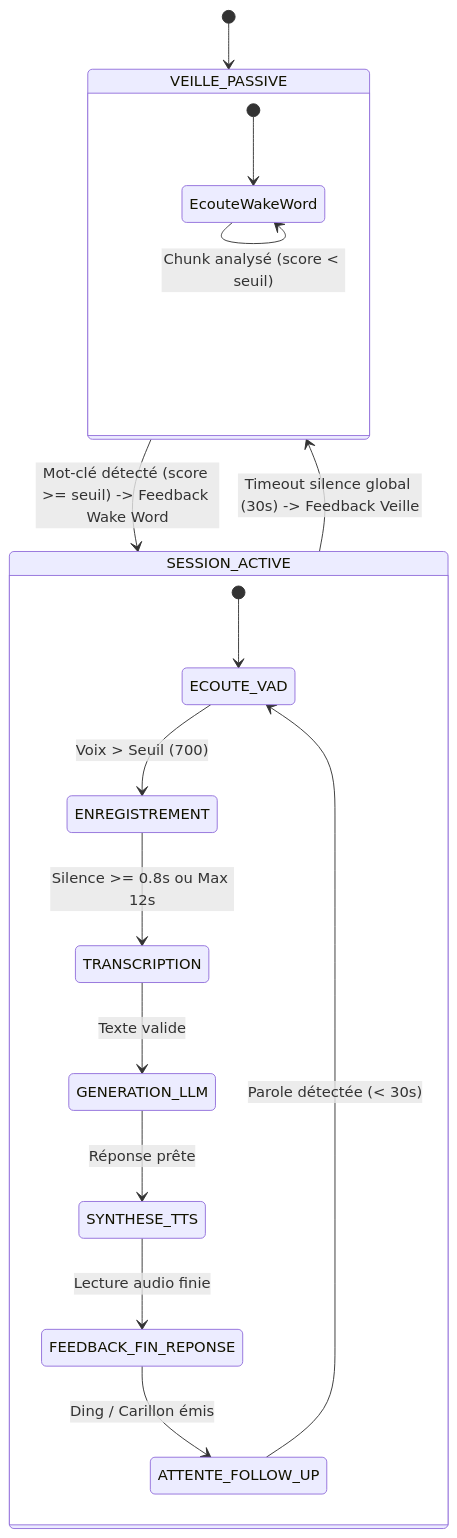
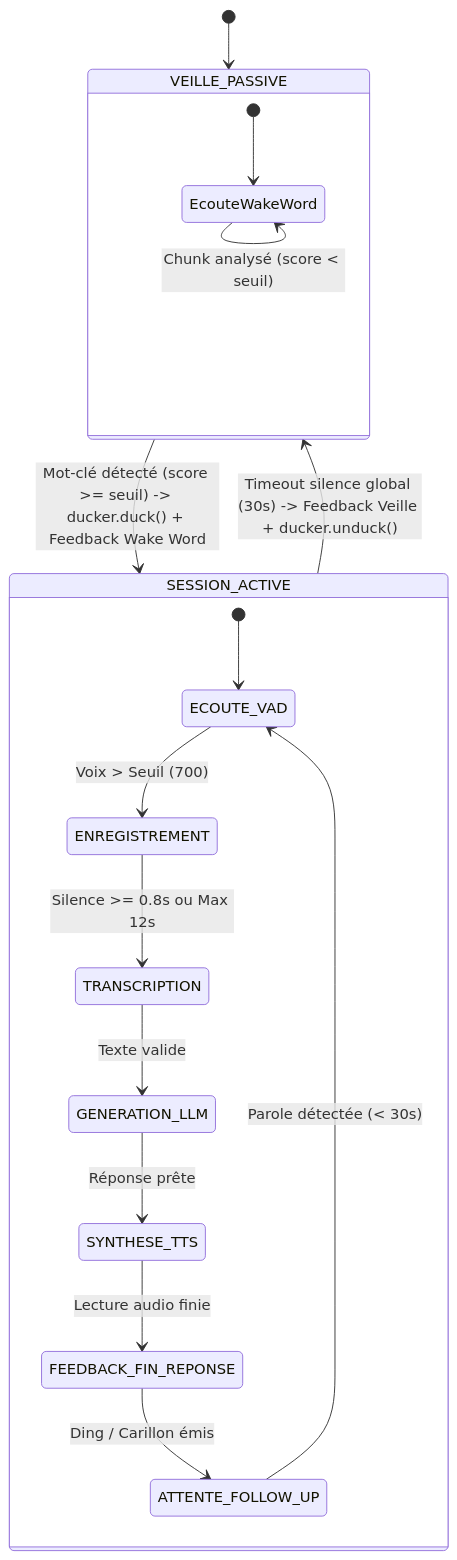
One commit to suissard/SmartHome changed the diagram in AGENTS.md. Above: the diagram before and after it, drawn with Mermaid. The commit also changed other lines of this file and 8 other files, not shown here.

````diff
--- a/AGENTS.md
+++ b/AGENTS.md
@@ -93,24 +97,24 @@
 ```mermaid
 stateDiagram-v2
     [*] --> VEILLE_PASSIVE
 
     state VEILLE_PASSIVE {
         [*] --> EcouteWakeWord
         EcouteWakeWord --> EcouteWakeWord : Chunk analysé (score < seuil)
     }
 
-    VEILLE_PASSIVE --> SESSION_ACTIVE : Mot-clé détecté (score >= seuil) -> Feedback Wake Word
+    VEILLE_PASSIVE --> SESSION_ACTIVE : Mot-clé détecté (score >= seuil) -> ducker.duck() + Feedback Wake Word
 
     state SESSION_ACTIVE {
         [*] --> ECOUTE_VAD
         ECOUTE_VAD --> ENREGISTREMENT : Voix > Seuil (700)
         ENREGISTREMENT --> TRANSCRIPTION : Silence >= 0.8s ou Max 12s
         TRANSCRIPTION --> GENERATION_LLM : Texte valide
         GENERATION_LLM --> SYNTHESE_TTS : Réponse prête
         SYNTHESE_TTS --> FEEDBACK_FIN_REPONSE : Lecture audio finie
         FEEDBACK_FIN_REPONSE --> ATTENTE_FOLLOW_UP : Ding / Carillon émis
         ATTENTE_FOLLOW_UP --> ECOUTE_VAD : Parole détectée (< 30s)
     }
 
-    SESSION_ACTIVE --> VEILLE_PASSIVE : Timeout silence global (30s) -> Feedback Veille
+    SESSION_ACTIVE --> VEILLE_PASSIVE : Timeout silence global (30s) -> Feedback Veille + ducker.unduck()
 ```
````
